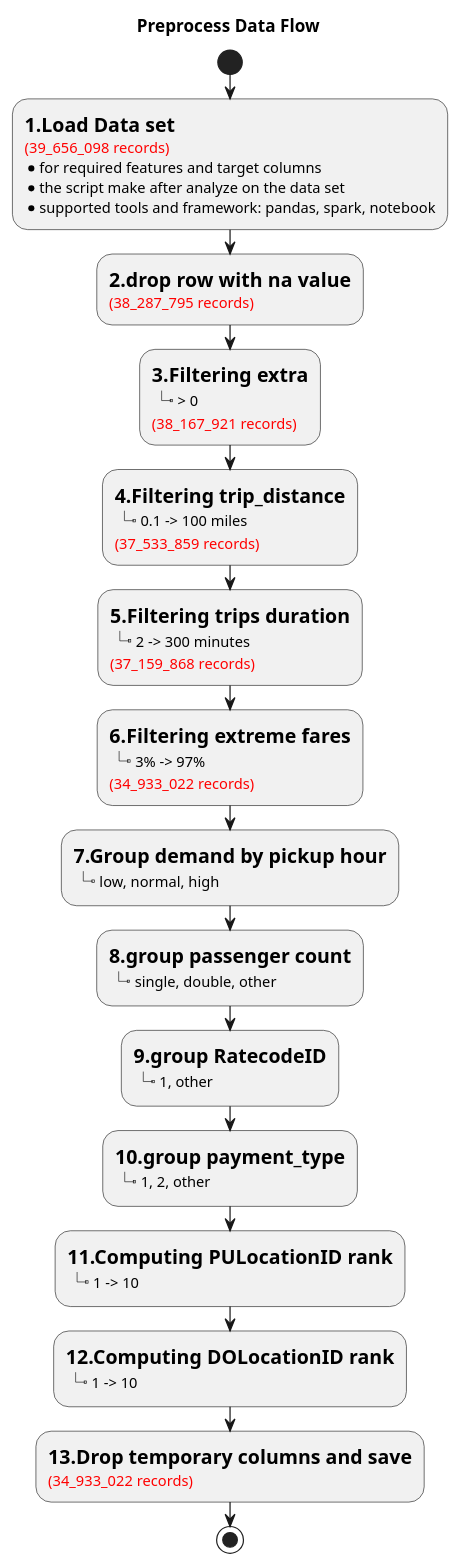
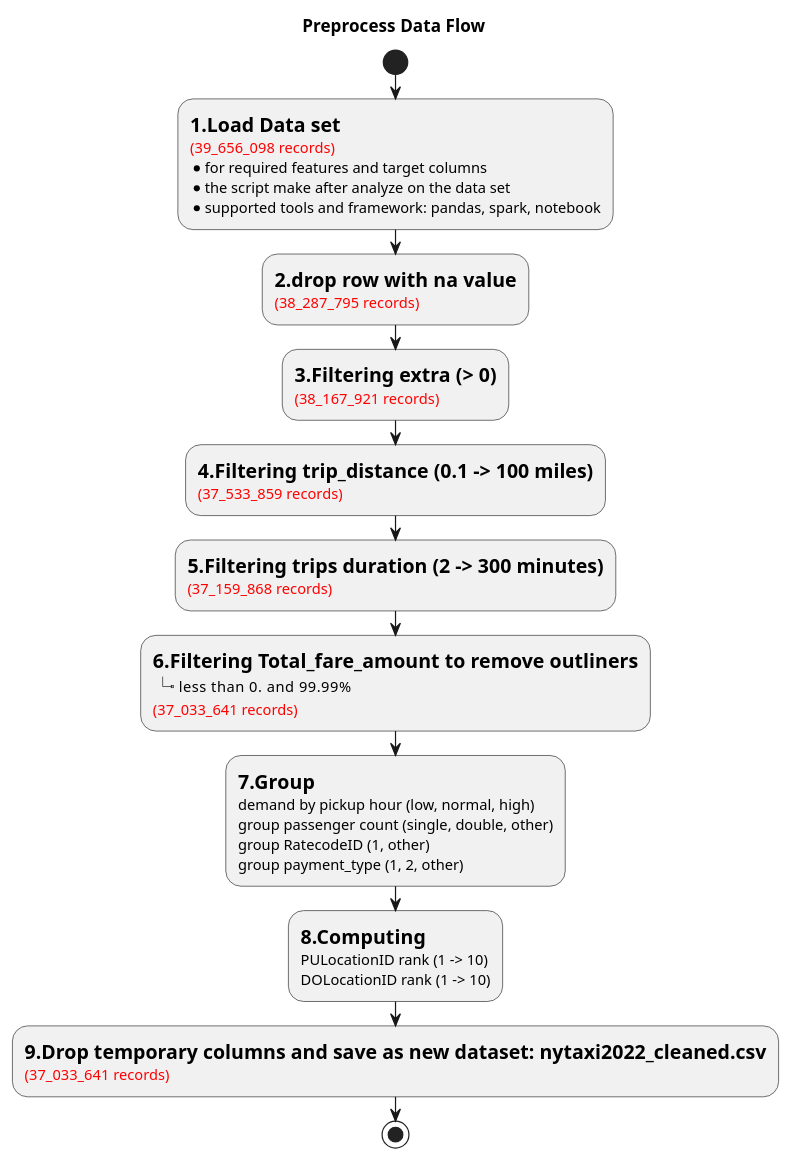
One commit to xuanntm/DSA5208_Project1 changed the diagram in docs/preprocess_01_data_cleanup.puml. Above: the diagram before and after it, drawn with PlantUML. The commit also changed 46 other files, not shown here.

Commit message:
Add log file and update the logic to generate charts

```diff
--- a/docs/preprocess_01_data_cleanup.puml
+++ b/docs/preprocess_01_data_cleanup.puml
@@ -1,48 +1,39 @@
 @startuml namespace
 
 title  Preprocess Data Flow
 
 start
 :=1.Load Data set 
 <color:red>(39_656_098 records)
 * for required features and target columns
 * the script make after analyze on the data set
 * supported tools and framework: pandas, spark, notebook;
 :=2.drop row with na value
 <color:red>(38_287_795 records);
-:=3.Filtering extra
-|_ > 0
+:=3.Filtering extra (> 0)
 <color:red>(38_167_921 records);
-:=4.Filtering trip_distance
-|_ 0.1 -> 100 miles
+:=4.Filtering trip_distance (0.1 -> 100 miles)
 <color:red>(37_533_859 records);
-:=5.Filtering trips duration
-|_ 2 -> 300 minutes
+:=5.Filtering trips duration (2 -> 300 minutes)
 <color:red>(37_159_868 records);
-:=6.Filtering extreme fares
-|_ 3% -> 97%
-<color:red>(34_933_022 records);
 
-:=7.Group demand by pickup hour
-|_ low, normal, high;
+:=6.Filtering Total_fare_amount to remove outliners
+|_ less than 0.  and   99.99%
+<color:red>(37_033_641 records);
 
-:=8.group passenger count
-|_ single, double, other;
+:=7.Group 
+demand by pickup hour (low, normal, high)
+group passenger count (single, double, other)
+group RatecodeID (1, other)
+group payment_type (1, 2, other);
 
-:=9.group RatecodeID
-|_ 1, other ;
+:=8.Computing 
+PULocationID rank (1 -> 10)
+DOLocationID rank (1 -> 10);
 
-:=10.group payment_type
-|_ 1, 2, other ;
+:=9.Drop temporary columns and save as new dataset: nytaxi2022_cleaned.csv
+<color:red>(37_033_641 records);
 
-:=11.Computing PULocationID rank
-|_ 1 -> 10;
-
-:=12.Computing DOLocationID rank
-|_ 1 -> 10;
-
-:=13.Drop temporary columns and save
-<color:red>(34_933_022 records);
 stop
 
 @enduml
```
